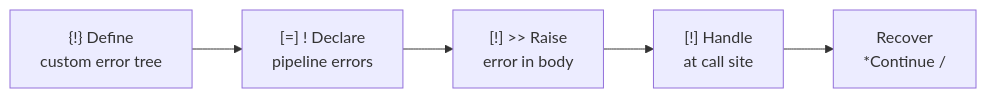
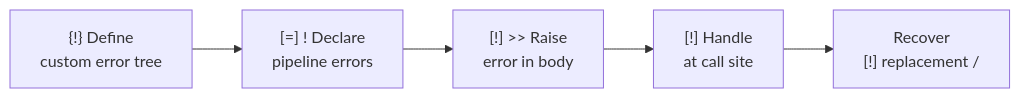
Before and after one commit to hasan-alj88/Polyglot: the first of 2 diagrams in docs/user/concepts/errors.md, drawn with Mermaid. The commit also changed other lines of this file and 7 other files, not shown here.

````diff
--- a/docs/user/concepts/errors.md
+++ b/docs/user/concepts/errors.md
@@ -17,10 +17,10 @@
 ```mermaid
 flowchart LR
     DEF["{!} Define\ncustom error tree"]
     DEC["[=] ! Declare\npipeline errors"]
     RAISE["[!] >> Raise\nerror in body"]
     HANDLE["[!] Handle\nat call site"]
-    RECOVER["Recover\n*Continue / <! fallback"]
+    RECOVER["Recover\n[!] replacement / <! fallback"]
 
     DEF --> DEC --> RAISE --> HANDLE --> RECOVER
 ```
````
